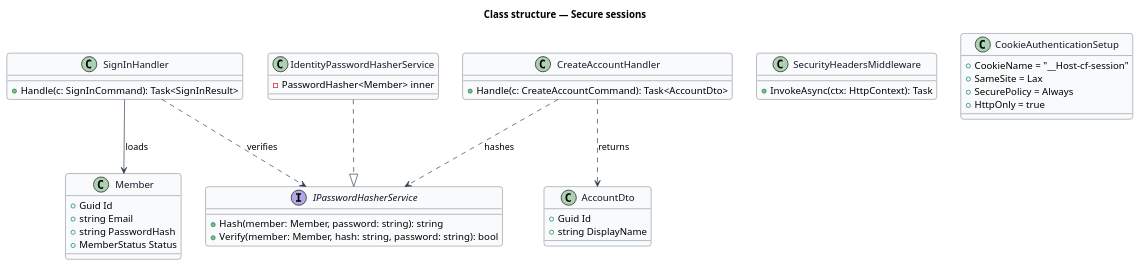
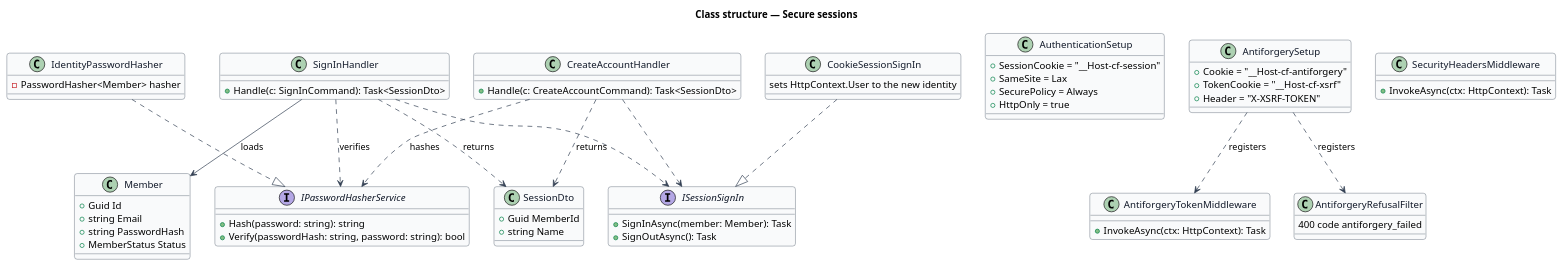
Before and after one commit to QuinntyneBrown/christian-fitness: the diagram in docs/detailed-designs/security/secure-sessions/diagrams/class.puml, drawn with PlantUML. The commit also changed 94 other files, not shown here.

First line of the commit message:
Design slice 3.1: sign in and sign out

```diff
--- a/docs/detailed-designs/security/secure-sessions/diagrams/class.puml
+++ b/docs/detailed-designs/security/secure-sessions/diagrams/class.puml
@@ -1,51 +1,75 @@
 @startuml
 skinparam backgroundColor #FFFFFF
 skinparam shadowing false
 skinparam roundcorner 8
 skinparam defaultFontName Arial
 skinparam ArrowColor #344054
 skinparam class {
   BorderColor #344054
   FontColor #101828
   BackgroundColor #F9FAFB
 }
 title Class structure — Secure sessions
 
 class Member {
   +Guid Id
   +string Email
   +string PasswordHash
   +MemberStatus Status
 }
 interface IPasswordHasherService {
-  +Hash(member: Member, password: string): string
-  +Verify(member: Member, hash: string, password: string): bool
+  +Hash(password: string): string
+  +Verify(passwordHash: string, password: string): bool
 }
-class IdentityPasswordHasherService {
-  -PasswordHasher<Member> inner
+class IdentityPasswordHasher {
+  -PasswordHasher<Member> hasher
+}
+interface ISessionSignIn {
+  +SignInAsync(member: Member): Task
+  +SignOutAsync(): Task
+}
+class CookieSessionSignIn {
+  sets HttpContext.User to the new identity
 }
 class SignInHandler {
-  +Handle(c: SignInCommand): Task<SignInResult>
+  +Handle(c: SignInCommand): Task<SessionDto>
 }
 class CreateAccountHandler {
-  +Handle(c: CreateAccountCommand): Task<AccountDto>
+  +Handle(c: CreateAccountCommand): Task<SessionDto>
 }
-class AccountDto {
-  +Guid Id
-  +string DisplayName
+class SessionDto {
+  +Guid MemberId
+  +string Name
+}
+class AuthenticationSetup {
+  +SessionCookie = "__Host-cf-session"
+  +SameSite = Lax
+  +SecurePolicy = Always
+  +HttpOnly = true
+}
+class AntiforgerySetup {
+  +Cookie = "__Host-cf-antiforgery"
+  +TokenCookie = "__Host-cf-xsrf"
+  +Header = "X-XSRF-TOKEN"
+}
+class AntiforgeryTokenMiddleware {
+  +InvokeAsync(ctx: HttpContext): Task
+}
+class AntiforgeryRefusalFilter {
+  400 code antiforgery_failed
 }
 class SecurityHeadersMiddleware {
   +InvokeAsync(ctx: HttpContext): Task
 }
-class CookieAuthenticationSetup {
-  +CookieName = "__Host-cf-session"
-  +SameSite = Lax
-  +SecurePolicy = Always
-  +HttpOnly = true
-}
-IdentityPasswordHasherService ..|> IPasswordHasherService
+IdentityPasswordHasher ..|> IPasswordHasherService
+CookieSessionSignIn ..|> ISessionSignIn
 SignInHandler ..> IPasswordHasherService : verifies
 CreateAccountHandler ..> IPasswordHasherService : hashes
-CreateAccountHandler ..> AccountDto : returns
+SignInHandler ..> ISessionSignIn
+CreateAccountHandler ..> ISessionSignIn
+SignInHandler ..> SessionDto : returns
+CreateAccountHandler ..> SessionDto : returns
 SignInHandler --> Member : loads
+AntiforgerySetup ..> AntiforgeryTokenMiddleware : registers
+AntiforgerySetup ..> AntiforgeryRefusalFilter : registers
 @enduml
```
